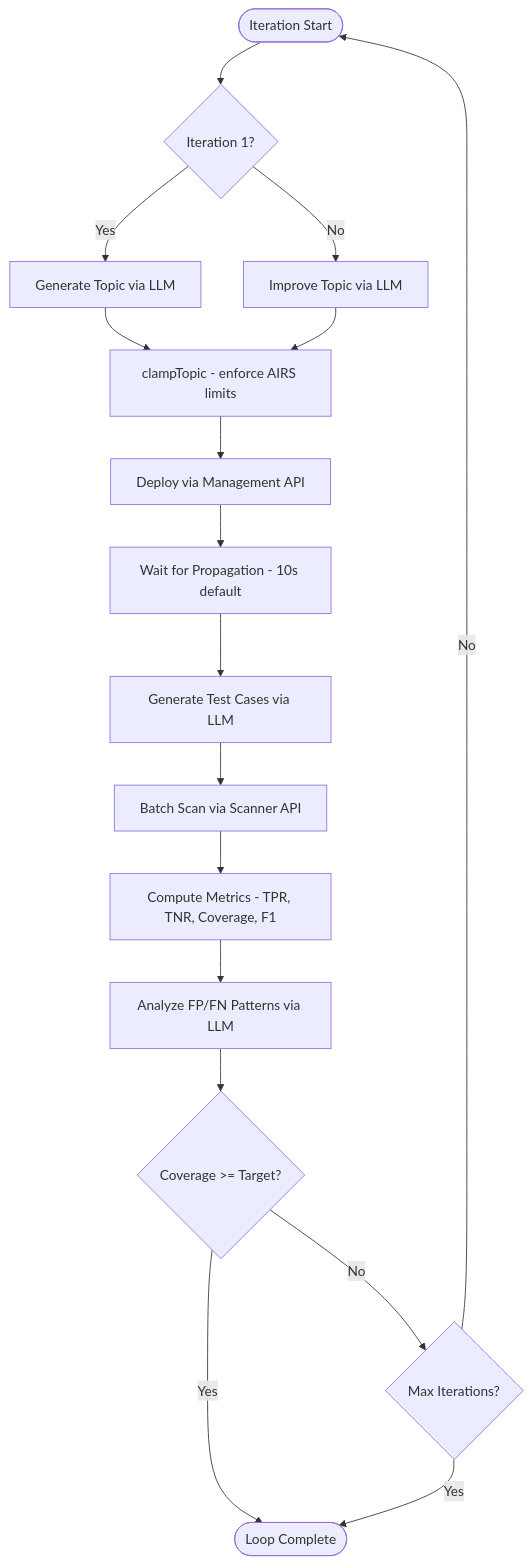
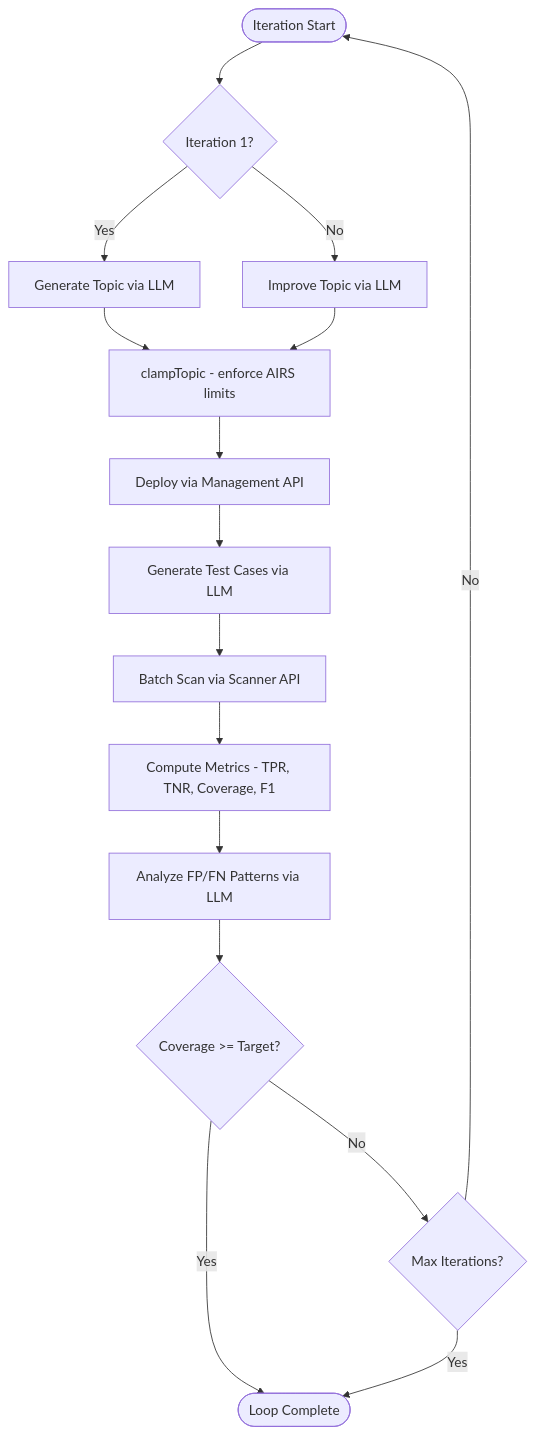
The diagram in docs/architecture/core-loop.md (cdot65/prisma-airs-cli), drawn with Mermaid before and after one commit. The commit also changed 22 other files, not shown here.

````diff
--- a/docs/architecture/core-loop.md
+++ b/docs/architecture/core-loop.md
@@ -9,19 +9,18 @@
 ```mermaid
 flowchart TD
     Start([Iteration Start]) --> GenOrImprove{Iteration 1?}
     GenOrImprove -->|Yes| Generate[Generate Topic via LLM]
     GenOrImprove -->|No| Improve[Improve Topic via LLM]
     Generate --> Clamp[clampTopic - enforce AIRS limits]
     Improve --> Clamp
     Clamp --> Deploy[Deploy via Management API]
-    Deploy --> Wait[Wait for Propagation - 10s default]
-    Wait --> TestGen[Generate Test Cases via LLM]
+    Deploy --> TestGen[Generate Test Cases via LLM]
     TestGen --> Scan[Batch Scan via Scanner API]
     Scan --> Metrics[Compute Metrics - TPR, TNR, Coverage, F1]
     Metrics --> Analyze[Analyze FP/FN Patterns via LLM]
     Analyze --> Check{Coverage >= Target?}
     Check -->|Yes| Complete([Loop Complete])
     Check -->|No| MaxCheck{Max Iterations?}
     MaxCheck -->|Yes| Complete
     MaxCheck -->|No| Start
 ```
````
